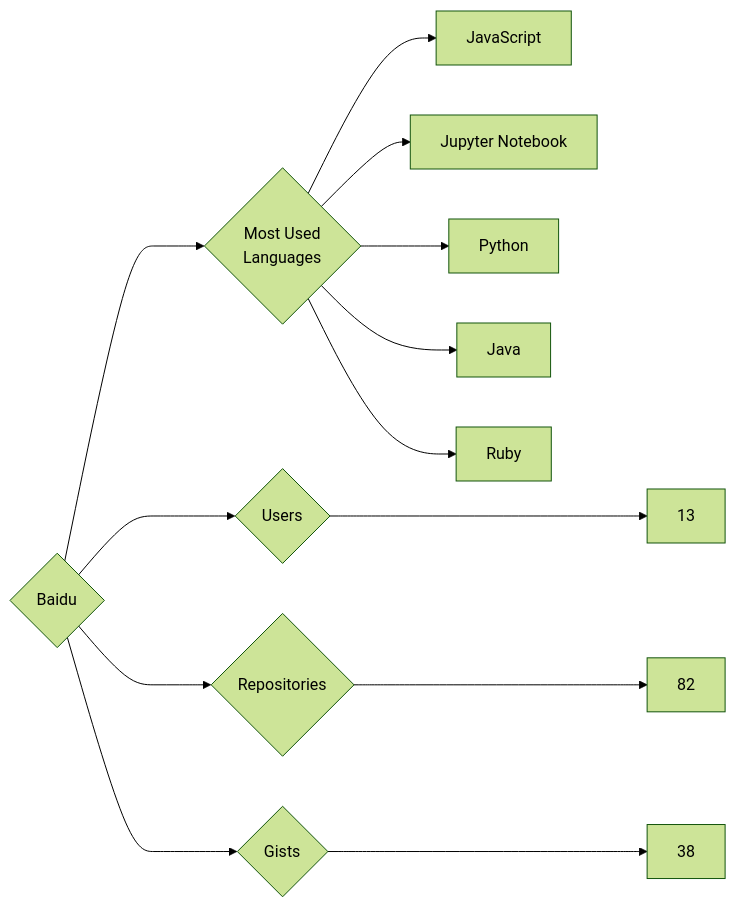
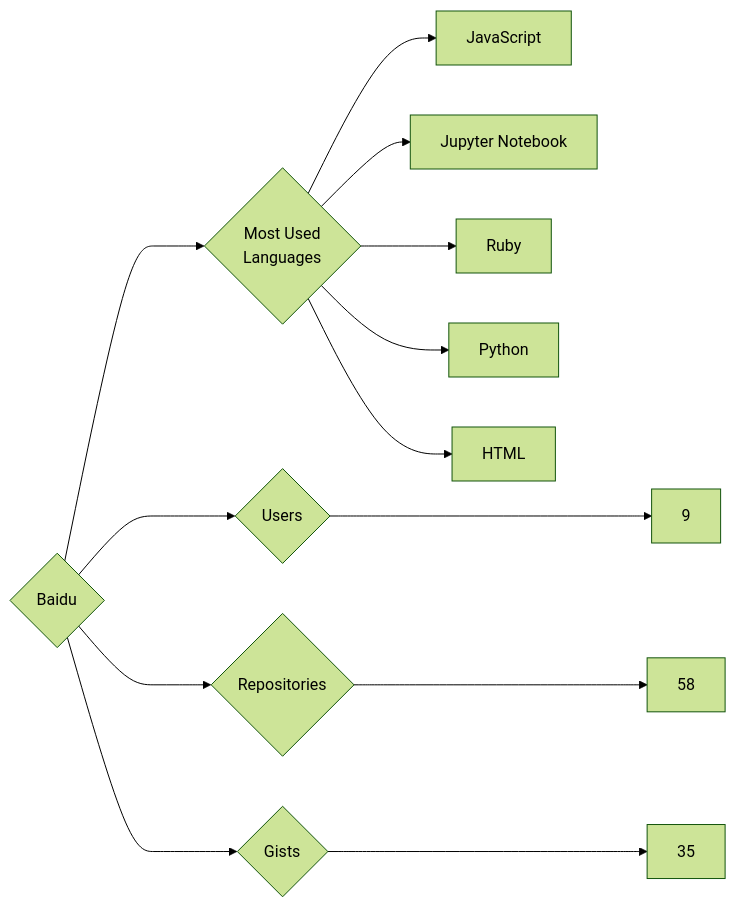
One commit to trickest/insiders changed the diagram in targets/Baidu/README.md. Above: the diagram before and after it, drawn with Mermaid (forest theme). The commit also changed 1120 other files, not shown here.

````diff
--- a/targets/Baidu/README.md
+++ b/targets/Baidu/README.md
@@ -3,13 +3,13 @@
 ```mermaid
 graph LR
 COMPANY_NAME{Baidu}
-COMPANY_NAME ---> U{Users} ---> UN[13]
-COMPANY_NAME ---> R{Repositories} ---> RN[82]
-COMPANY_NAME ---> G{Gists} ---> GN[38]
+COMPANY_NAME ---> U{Users} ---> UN[9]
+COMPANY_NAME ---> R{Repositories} ---> RN[58]
+COMPANY_NAME ---> G{Gists} ---> GN[35]
 COMPANY_NAME ---> ML{Most Used<br>Languages}
 ML --> JavaScript[JavaScript]
 ML --> Jupyter_Notebook[Jupyter Notebook]
+ML --> Ruby[Ruby]
 ML --> Python[Python]
-ML --> Java[Java]
-ML --> Ruby[Ruby]
+ML --> HTML[HTML]
 ```
````
